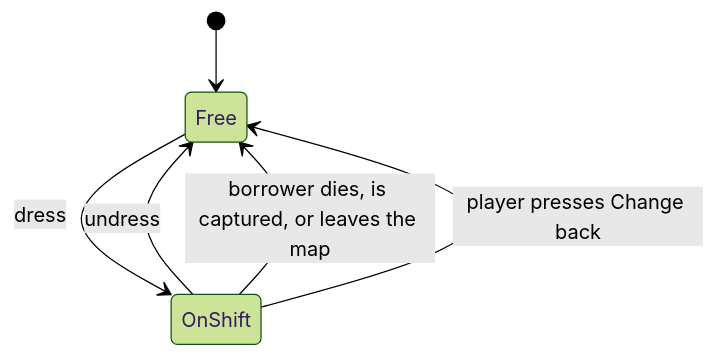
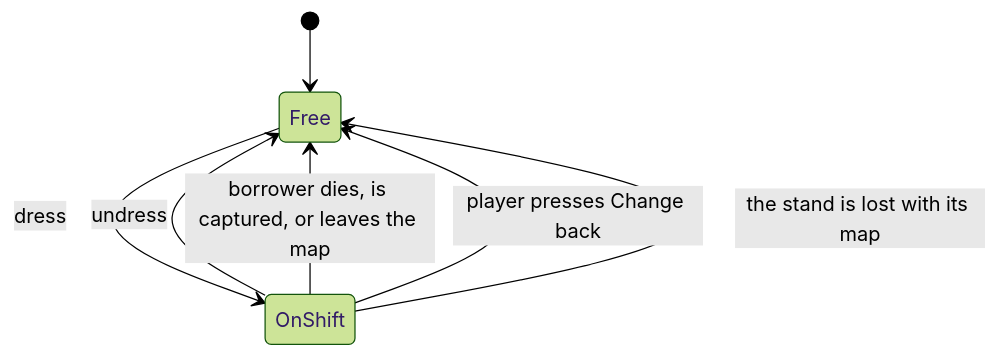
Before and after one commit to beverage/shift-change: the second of 2 diagrams in docs/DESIGN.md, drawn with Mermaid (forest theme). The commit also changed other lines of this file and 6 other files, not shown here.

Commit message:
🐛 Release the ledger when a stand is lost with the map a gravship left it on, and cover flights that part a borrower from their stand in the harness

````diff
--- a/docs/DESIGN.md
+++ b/docs/DESIGN.md
@@ -513,8 +513,9 @@
 ```mermaid
 stateDiagram-v2
     [*] --> Free
     Free --> OnShift: dress
     OnShift --> Free: undress
     OnShift --> Free: borrower dies, is captured, or leaves the map
     OnShift --> Free: player presses Change back
+    OnShift --> Free: the stand is lost with its map
 ```
````
